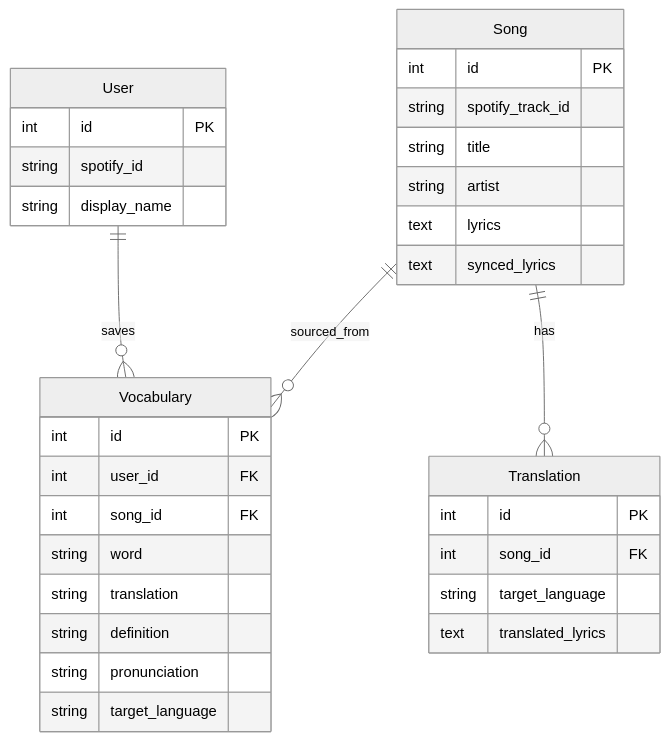
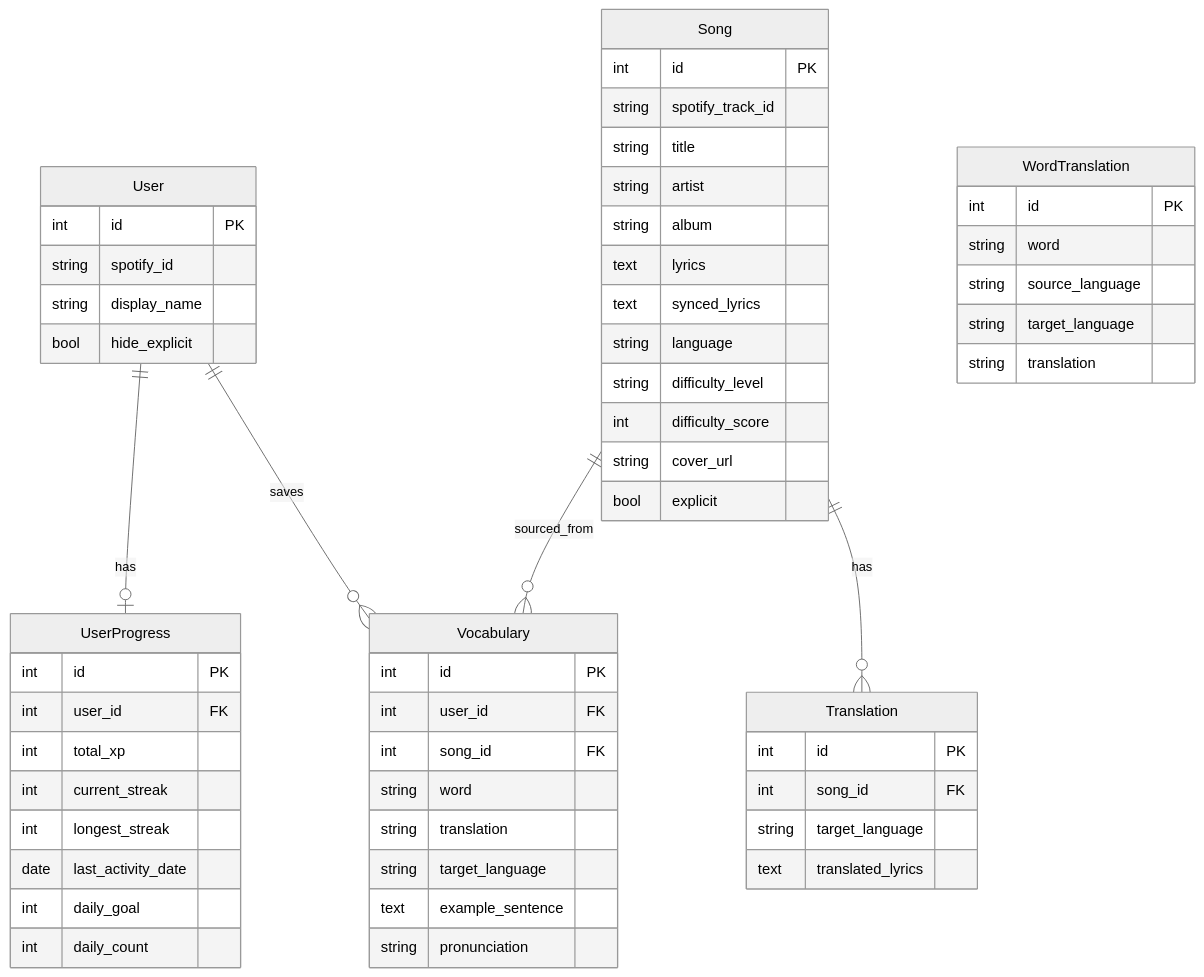
Before and after one commit to ishraqb/Linguify: the fifth of 5 diagrams in docs/ARCHITECTURE.md, drawn with Mermaid (neutral theme). The commit also changed other lines of this file, not shown here.

First line of the commit message:
Update architecture doc to match current backend

````diff
--- a/docs/ARCHITECTURE.md
+++ b/docs/ARCHITECTURE.md
@@ -175,36 +260,61 @@
 ```mermaid
 erDiagram
     User ||--o{ Vocabulary : saves
+    User ||--o| UserProgress : has
     Song ||--o{ Translation : has
     Song ||--o{ Vocabulary : sourced_from
 
     User {
         int id PK
         string spotify_id
         string display_name
+        bool hide_explicit
     }
     Song {
         int id PK
         string spotify_track_id
         string title
         string artist
+        string album
         text lyrics
         text synced_lyrics
+        string language
+        string difficulty_level
+        int difficulty_score
+        string cover_url
+        bool explicit
     }
     Translation {
         int id PK
         int song_id FK
         string target_language
         text translated_lyrics
     }
+    WordTranslation {
+        int id PK
+        string word
+        string source_language
+        string target_language
+        string translation
+    }
     Vocabulary {
         int id PK
         int user_id FK
         int song_id FK
         string word
         string translation
-        string definition
+        string target_language
+        text example_sentence
         string pronunciation
-        string target_language
+    }
+    UserProgress {
+        int id PK
+        int user_id FK
+        int total_xp
+        int current_streak
+        int longest_streak
+        date last_activity_date
+        int daily_goal
+        int daily_count
     }
 ```
````
